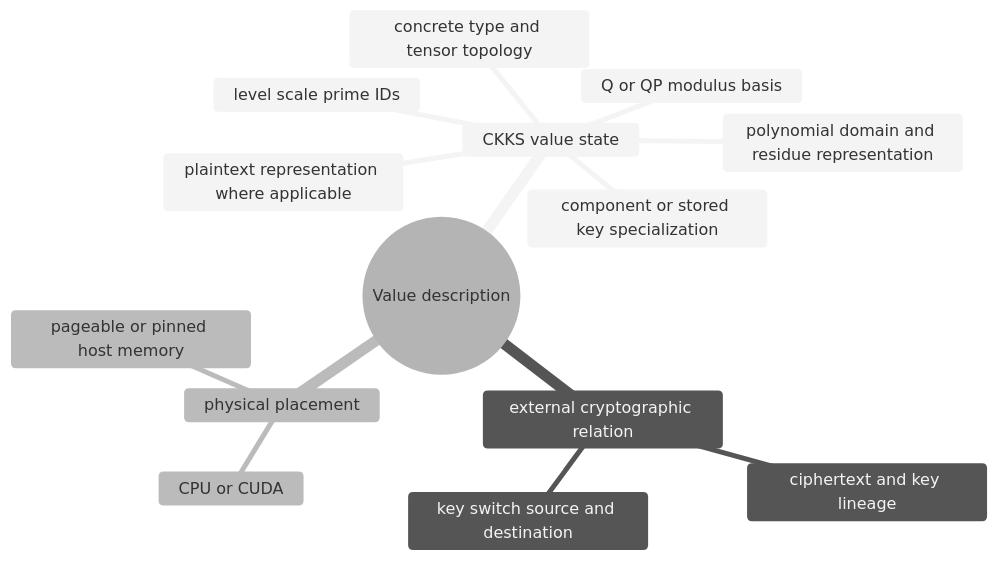
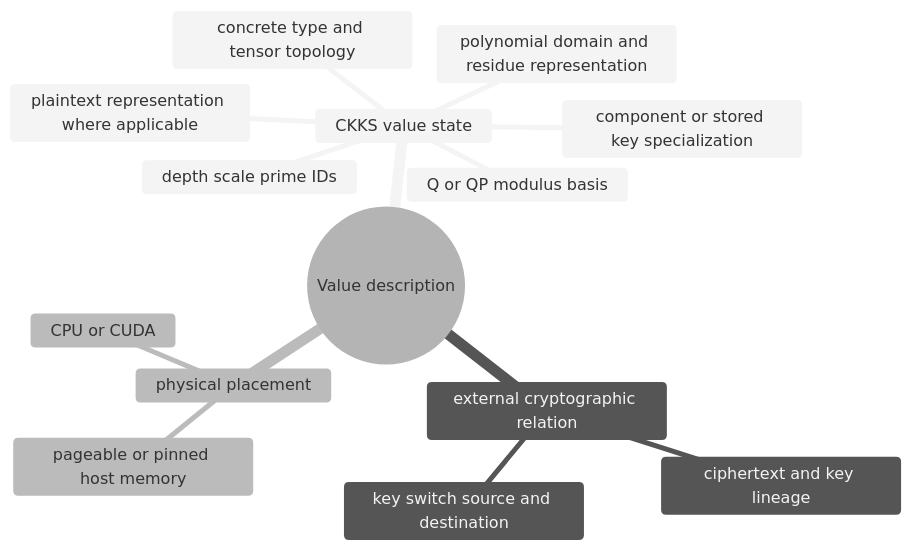
The second of 3 diagrams in docs/concepts/ckks/value-model-and-identity.md (visualDust/fhelium), drawn with Mermaid (neutral theme) before and after one commit. The commit also changed other lines of this file and 369 other files, not shown here.

````diff
--- a/docs/concepts/ckks/value-model-and-identity.md
+++ b/docs/concepts/ckks/value-model-and-identity.md
@@ -45,17 +45,17 @@
 ```mermaid
 mindmap
   root((Value description))
     CKKS value state
       concrete type and tensor topology
-      level scale prime IDs
+      depth scale prime IDs
       plaintext representation where applicable
       polynomial domain and residue representation
       Q or QP modulus basis
       component or stored key specialization
     external cryptographic relation
       ciphertext and key lineage
       key switch source and destination
     physical placement
       CPU or CUDA
       pageable or pinned host memory
 ```
````
